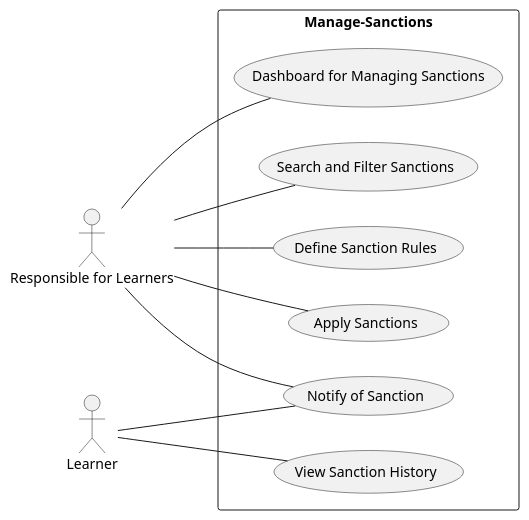
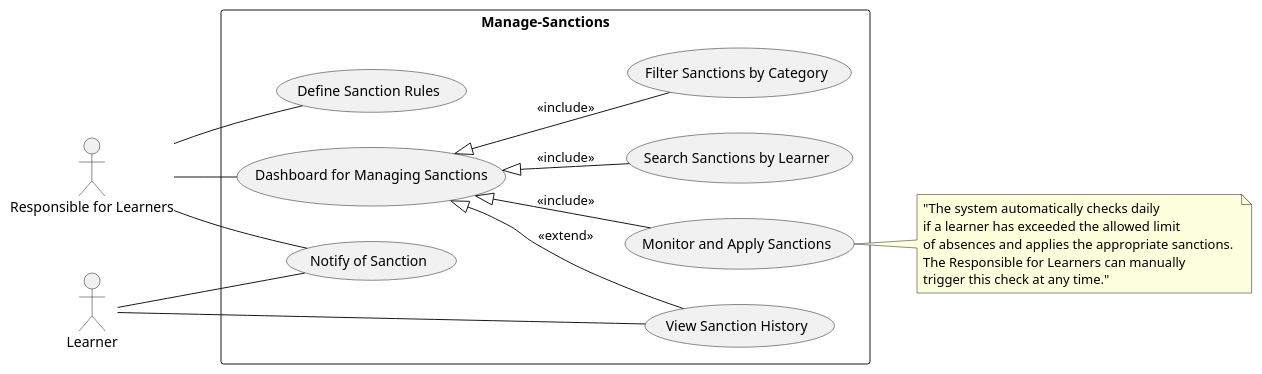
Before and after one commit to Tribak-Ayoub/Project-fil-rouge: the diagram in Functional Branch/Use Case/Use-Case-General.puml, drawn with PlantUML. The commit also changed 1 other file, not shown here.

```diff
--- a/Functional Branch/Use Case/Use-Case-General.puml
+++ b/Functional Branch/Use Case/Use-Case-General.puml
@@ -1,22 +1,35 @@
 @startuml
 left to right direction
 actor "Responsible for Learners" as Admin
 actor Learner
 
 rectangle Manage-Sanctions {
   usecase "Define Sanction Rules" as UC1
-  usecase "Apply Sanctions" as UC2
+  usecase "Monitor and Apply Sanctions" as UC2
   usecase "Notify of Sanction" as UC3
   usecase "View Sanction History" as UC4
   usecase "Dashboard for Managing Sanctions" as UC5
-  usecase "Search and Filter Sanctions" as UC6
+  usecase "Search Sanctions by Learner" as UC6
+  usecase "Filter Sanctions by Category" as UC7
 }
 
+note right of UC2
+"The system automatically checks daily 
+if a learner has exceeded the allowed limit 
+of absences and applies the appropriate sanctions. 
+The Responsible for Learners can manually 
+trigger this check at any time."
+end note
+
 Admin -- UC1
-Admin -- UC2
+
 Admin -- UC3
 Admin -- UC5
-Admin -- UC6
+
 Learner -- UC3
 Learner -- UC4
+UC5 <|-- UC4 : <<extend>>
+UC5 <|-- UC2 : <<include>>
+UC5 <|-- UC6 : <<include>>
+UC5 <|-- UC7 : <<include>>
 @enduml
```
